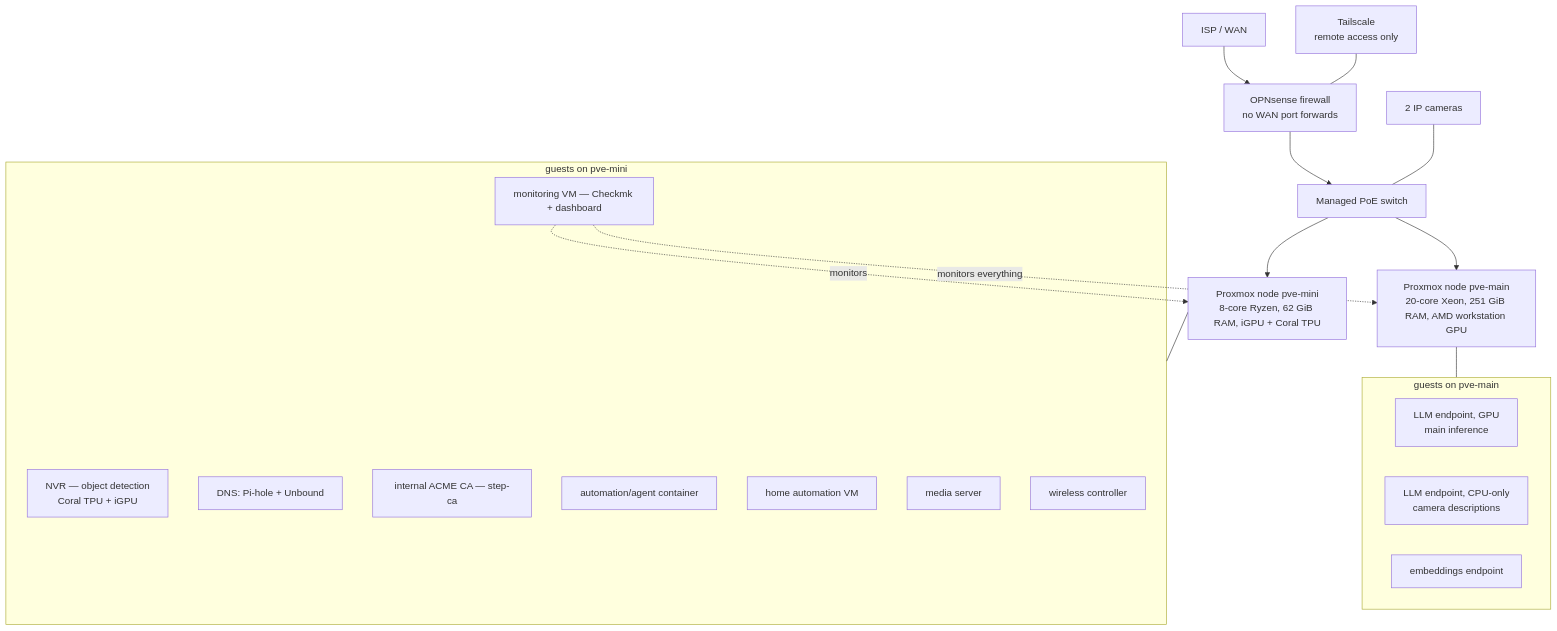
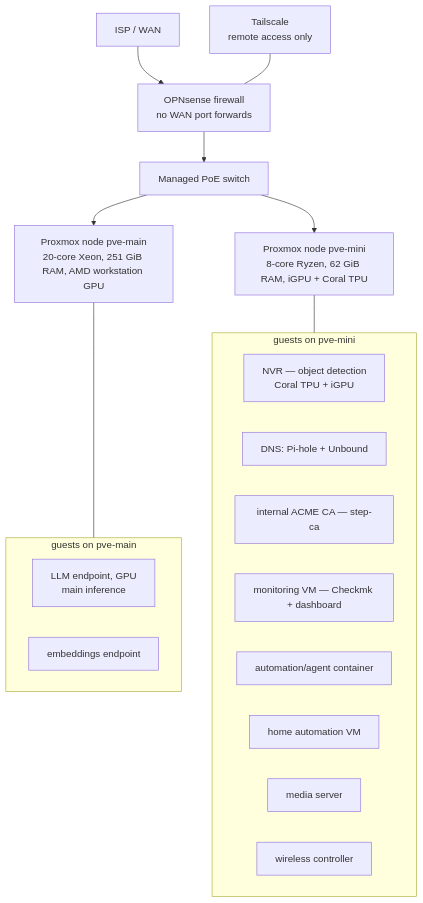
Before and after one commit to Cgunst/homelab: the diagram in README.md, drawn with Mermaid. The commit also changed other lines of this file and 3 other files, not shown here.

````diff
--- a/README.md
+++ b/README.md
@@ -21,28 +20,26 @@
 ```mermaid
 flowchart TB
     ISP[ISP / WAN] --> FW[OPNsense firewall<br/>no WAN port forwards]
     FW --> SW[Managed PoE switch]
     TS[Tailscale<br/>remote access only] --- FW
     SW --> N1[Proxmox node pve-main<br/>20-core Xeon, 251 GiB RAM, AMD workstation GPU]
     SW --> N2[Proxmox node pve-mini<br/>8-core Ryzen, 62 GiB RAM, iGPU + Coral TPU]
     subgraph G1 [guests on pve-main]
         LLM1[LLM endpoint, GPU<br/>main inference]
-        LLM2[LLM endpoint, CPU-only<br/>camera descriptions]
+
         EMB[embeddings endpoint]
     end
     subgraph G2 [guests on pve-mini]
         NVR[NVR — object detection<br/>Coral TPU + iGPU]
         DNS[DNS: Pi-hole + Unbound]
         CA[internal ACME CA — step-ca]
         MON[monitoring VM — Checkmk + dashboard]
         AGENT[automation/agent container]
         HOME[home automation VM]
         MEDIA[media server]
         WLC[wireless controller]
     end
     N1 --- G1
     N2 --- G2
-    CAMS[2 IP cameras] --- SW
-    MON -. monitors everything .-> N1
-    MON -. monitors .-> N2
+
 ```
````
